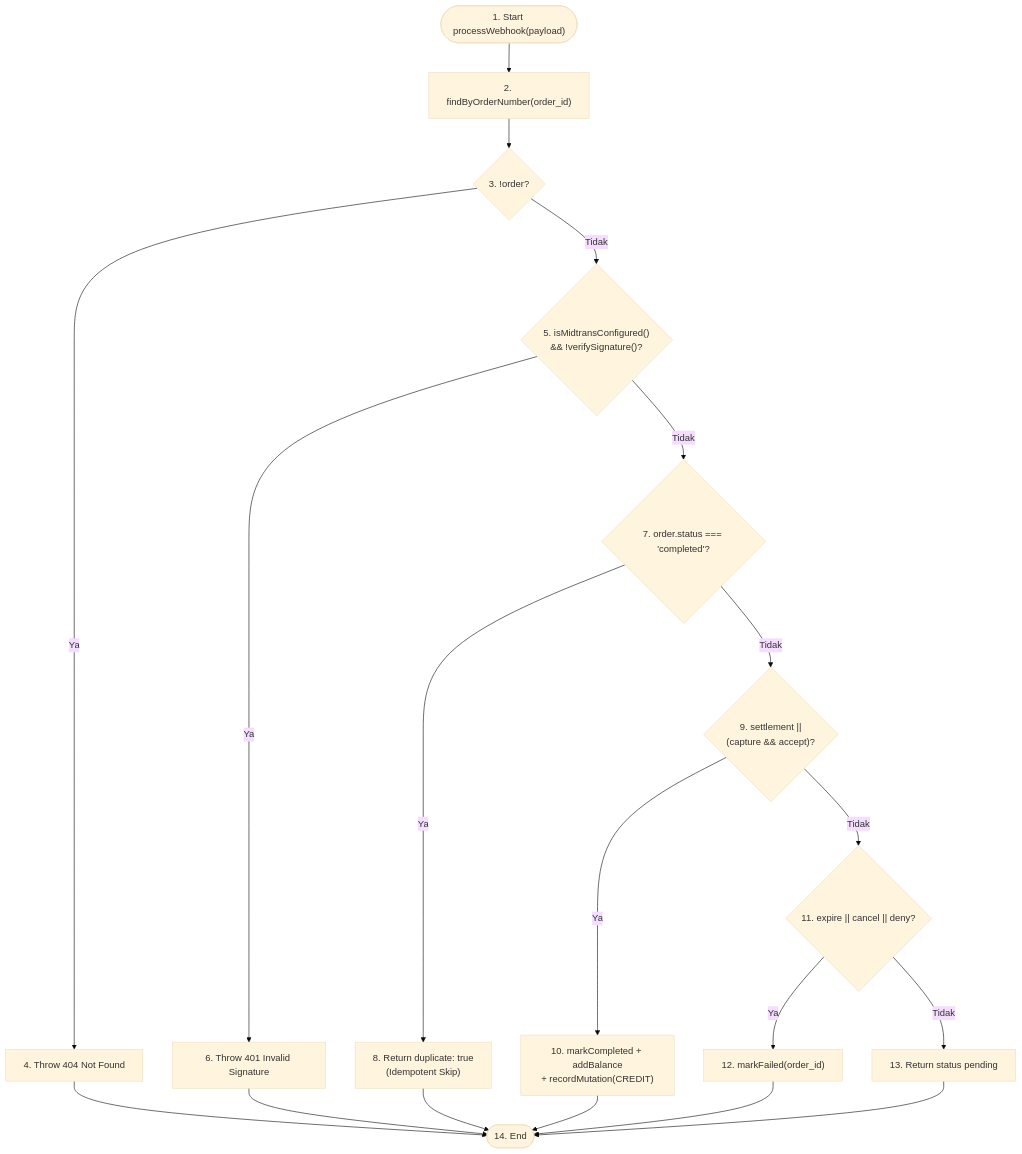
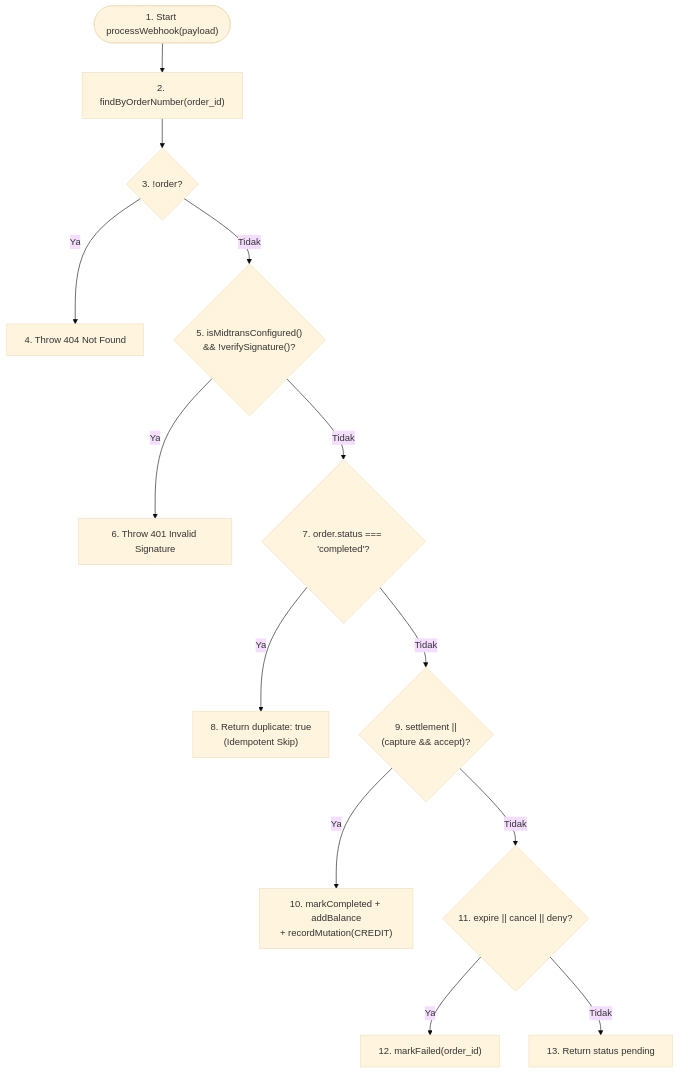
Before and after one commit to daedara007/SimpulKata: the third of 4 diagrams in referensi/TESTING_WHITEBOX.md, drawn with Mermaid (base theme). The commit also changed other lines of this file and 6 other files, not shown here.

````diff
--- a/referensi/TESTING_WHITEBOX.md
+++ b/referensi/TESTING_WHITEBOX.md
@@ -88,21 +160,15 @@
 ```mermaid
 flowchart TD
     P1(["1. Start processWebhook(payload)"]) --> P2["2. findByOrderNumber(order_id)"]
     P2 --> P3{"3. !order?"}
     P3 -- Ya --> P4["4. Throw 404 Not Found"]
     P3 -- Tidak --> P5{"5. isMidtransConfigured()<br/>&& !verifySignature()?"}
     P5 -- Ya --> P6["6. Throw 401 Invalid Signature"]
     P5 -- Tidak --> P7{"7. order.status === 'completed'?"}
     P7 -- Ya --> P8["8. Return duplicate: true<br/>(Idempotent Skip)"]
     P7 -- Tidak --> P9{"9. settlement ||<br/>(capture && accept)?"}
     P9 -- Ya --> P10["10. markCompleted + addBalance<br/>+ recordMutation(CREDIT)"]
     P9 -- Tidak --> P11{"11. expire || cancel || deny?"}
     P11 -- Ya --> P12["12. markFailed(order_id)"]
     P11 -- Tidak --> P13["13. Return status pending"]
-    P4 --> P14(["14. End"])
-    P6 --> P14
-    P8 --> P14
-    P10 --> P14
-    P12 --> P14
-    P13 --> P14
 ```
````
